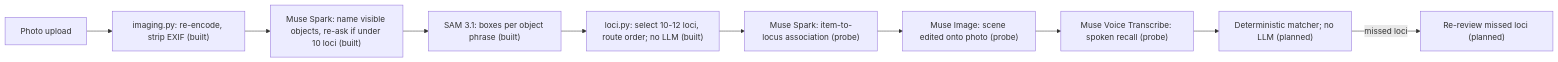
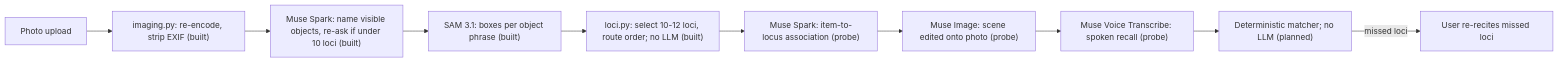
The diagram in README.md (KevinKbyte/MemriPal), drawn with Mermaid before and after one commit.

Commit message:
docs(readme): missed loci loop to user re-recital
Claude-Session: https://claude.ai/code/session_0148r9vYN9Hou9grknUL4jaG

````diff
--- a/README.md
+++ b/README.md
@@ -23,12 +23,12 @@
 ```mermaid
 flowchart LR
   photo["Photo upload"] --> intake["imaging.py: re-encode, strip EXIF (built)"]
   intake --> phrases["Muse Spark: name visible objects, re-ask if under 10 loci (built)"]
   phrases --> sam["SAM 3.1: boxes per object phrase (built)"]
   sam --> loci["loci.py: select 10-12 loci, route order; no LLM (built)"]
   loci --> assoc["Muse Spark: item-to-locus association (probe)"]
   assoc --> scene["Muse Image: scene edited onto photo (probe)"]
   scene --> asr["Muse Voice Transcribe: spoken recall (probe)"]
   asr --> match["Deterministic matcher; no LLM (planned)"]
-  match -- "missed loci" --> review["Re-review missed loci (planned)"]
+  match -- "missed loci" --> review["User re-recites missed loci"]
 ```
````
